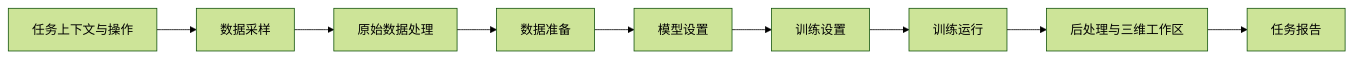
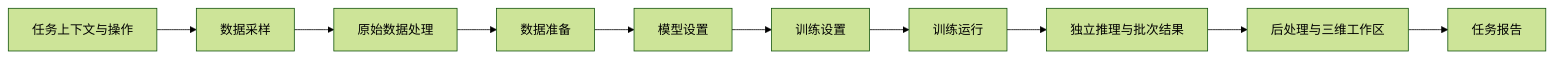
Before and after one commit to qweaxdzsc/AI4E_dojo: the third of 5 diagrams in docs/PRD/ai4e-web/src/PRD.md, drawn with Mermaid (forest theme). The commit also changed other lines of this file and 1068 other files, not shown here.

````diff
--- a/docs/PRD/ai4e-web/src/PRD.md
+++ b/docs/PRD/ai4e-web/src/PRD.md
@@ -113,13 +117,14 @@
 ```mermaid
 flowchart LR
   N0[任务上下文与操作]
   N1[数据采样]
   N2[原始数据处理]
   N3[数据准备]
   N4[模型设置]
   N5[训练设置]
   N6[训练运行]
-  N7[后处理与三维工作区]
-  N8[任务报告]
-  N0 --> N1 --> N2 --> N3 --> N4 --> N5 --> N6 --> N7 --> N8
+  N7[独立推理与批次结果]
+  N8[后处理与三维工作区]
+  N9[任务报告]
+  N0 --> N1 --> N2 --> N3 --> N4 --> N5 --> N6 --> N7 --> N8 --> N9
 ```
````
